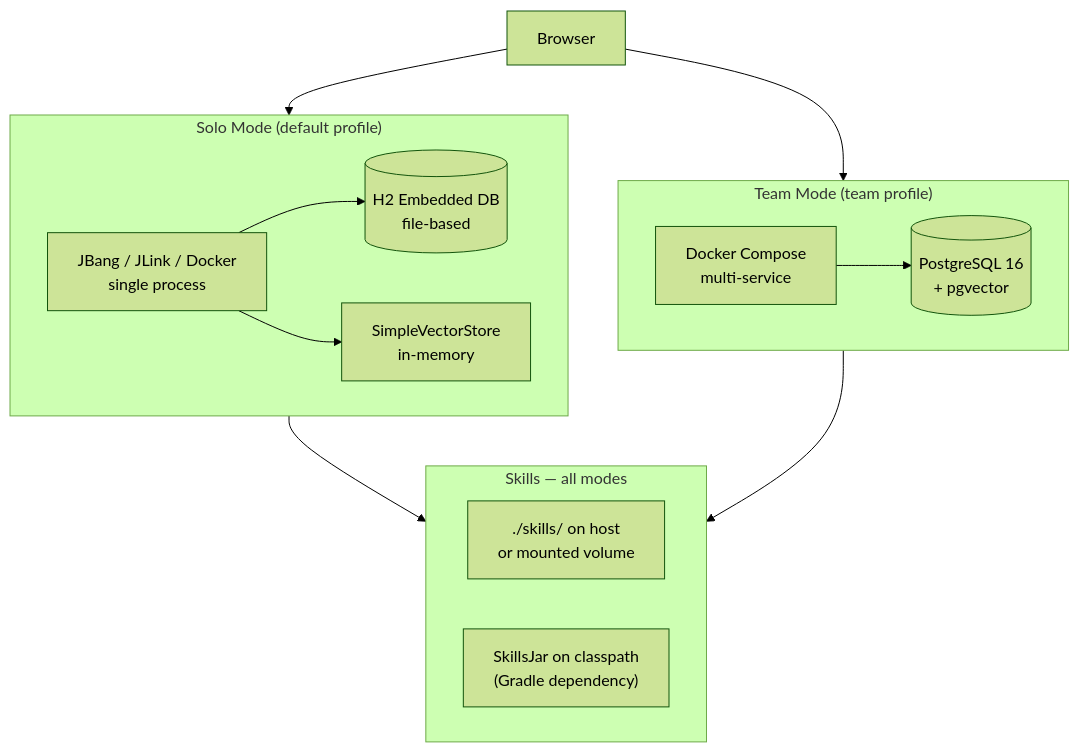
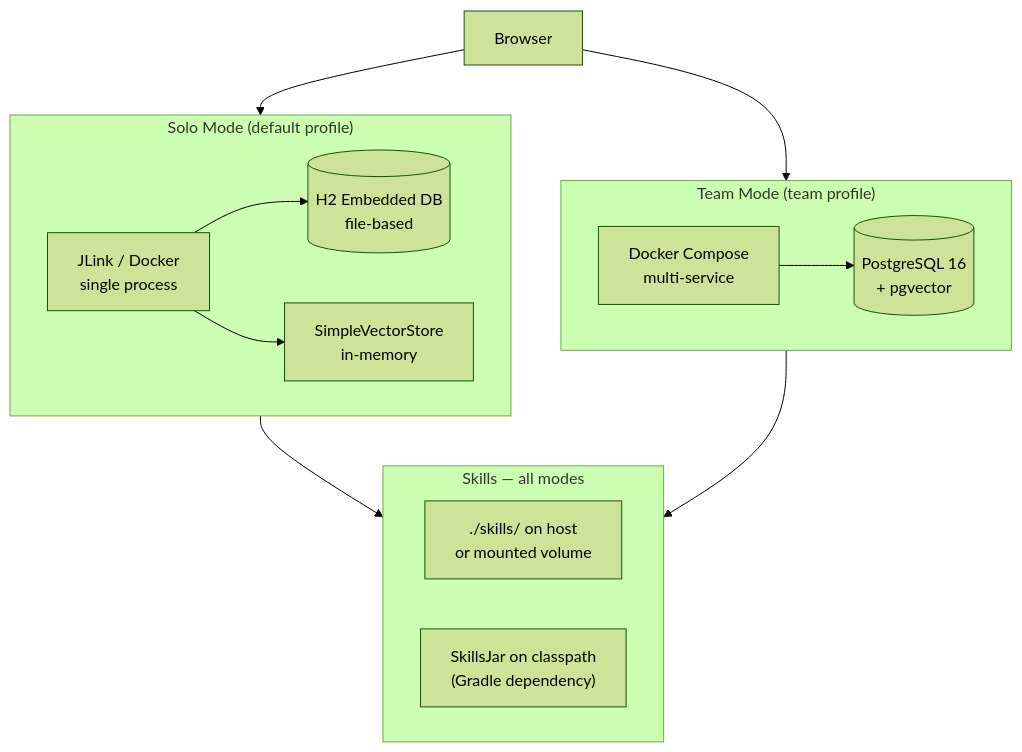
Before and after one commit to enterpriseclaw/enterpriseclaw: the eighth of 8 diagrams in docs/trd-enterpriseclaw.md, drawn with Mermaid (forest theme). The commit also changed other lines of this file, not shown here.

Commit message:
docs: remove JBang, keep JLink + Docker + Docker Compose installation only

````diff
--- a/docs/trd-enterpriseclaw.md
+++ b/docs/trd-enterpriseclaw.md
@@ -859,26 +845,26 @@
 ```mermaid
 flowchart TD
     subgraph Solo["Solo Mode (default profile)"]
-        J["JBang / JLink / Docker\nsingle process"]
+        J["JLink / Docker\nsingle process"]
         H2[("H2 Embedded DB\nfile-based")]
         SV["SimpleVectorStore\nin-memory"]
         J --> H2
         J --> SV
     end
 
     subgraph Team["Team Mode (team profile)"]
         DC["Docker Compose\nmulti-service"]
         PG[("PostgreSQL 16\n+ pgvector")]
         DC --> PG
     end
 
     subgraph Skills["Skills — all modes"]
         FS["./skills/ on host\nor mounted volume"]
         JAR["SkillsJar on classpath\n(Gradle dependency)"]
     end
 
     Browser["Browser"] --> Solo
     Browser --> Team
     Solo --> Skills
     Team --> Skills
 ```
````
